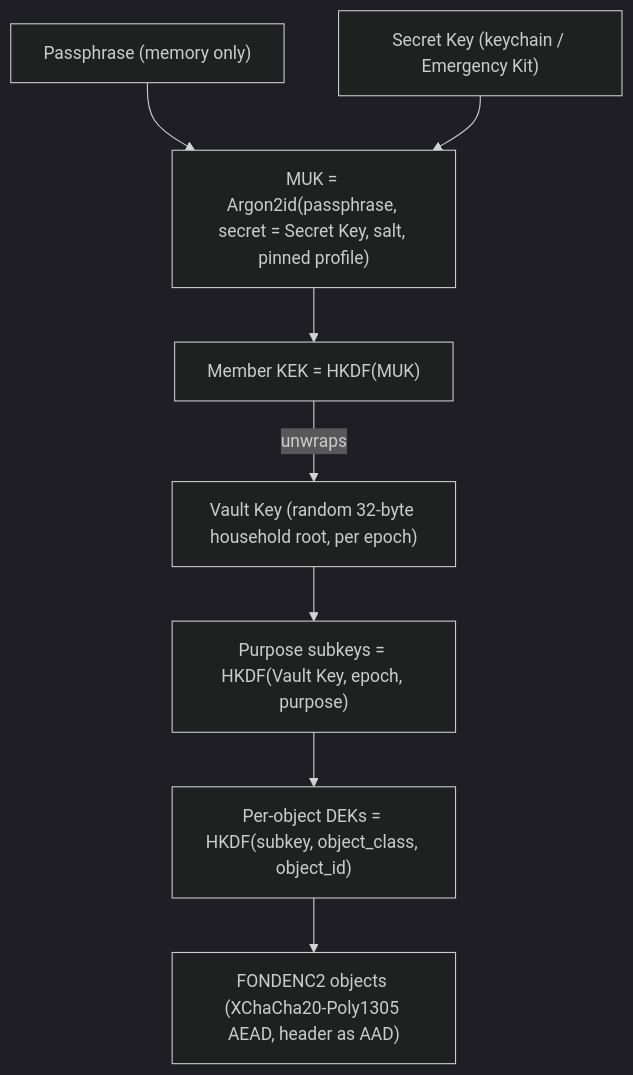
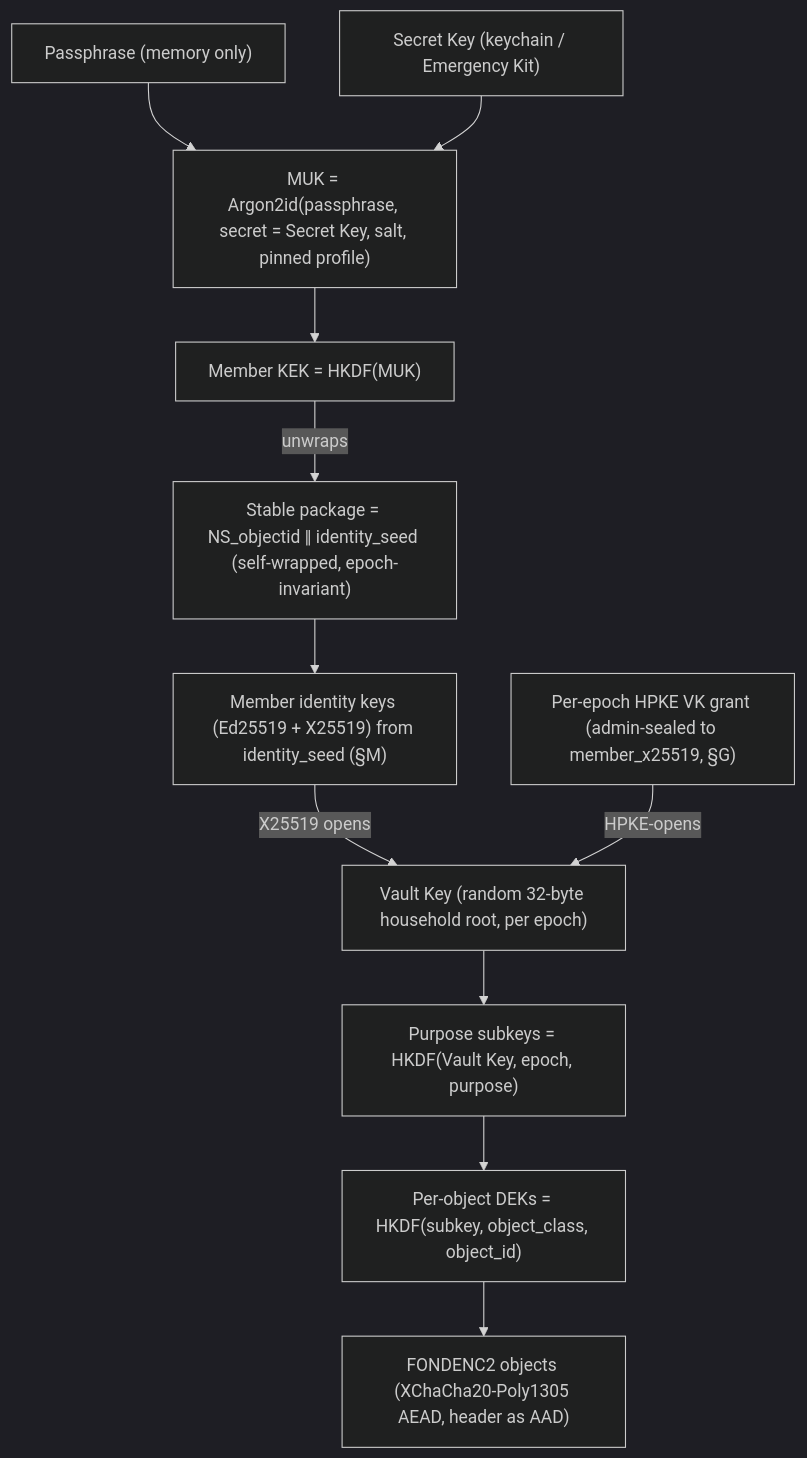
Before and after one commit to kafkade/fond: the first of 3 diagrams in docs/adr/020-zero-knowledge-identity.md, drawn with Mermaid (dark theme). The commit also changed other lines of this file and 1 other file, not shown here.

First line of the commit message:
docs(adr): fix FONDENC2 epoch-rotation and new-member bootstrap blockers from the round-2 adversarial review (#156)

````diff
--- a/docs/adr/020-zero-knowledge-identity.md
+++ b/docs/adr/020-zero-knowledge-identity.md
@@ -247,10 +273,13 @@
 ```mermaid
 graph TD
     PP["Passphrase (memory only)"] --> MUK["MUK = Argon2id(passphrase, secret = Secret Key, salt, pinned profile)"]
     SK["Secret Key (keychain / Emergency Kit)"] --> MUK
     MUK --> KEK["Member KEK = HKDF(MUK)"]
-    KEK -->|unwraps| VK["Vault Key (random 32-byte household root, per epoch)"]
+    KEK -->|unwraps| STABLE["Stable package = NS_objectid ‖ identity_seed (self-wrapped, epoch-invariant)"]
+    STABLE --> IDK["Member identity keys (Ed25519 + X25519) from identity_seed (§M)"]
+    IDK -->|X25519 opens| VK["Vault Key (random 32-byte household root, per epoch)"]
+    GRANT["Per-epoch HPKE VK grant (admin-sealed to member_x25519, §G)"] -->|HPKE-opens| VK
     VK --> SUB["Purpose subkeys = HKDF(Vault Key, epoch, purpose)"]
     SUB --> DEK["Per-object DEKs = HKDF(subkey, object_class, object_id)"]
     DEK --> OBJ["FONDENC2 objects (XChaCha20-Poly1305 AEAD, header as AAD)"]
 ```
````
